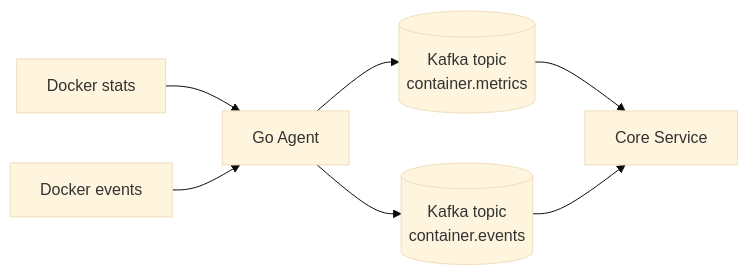
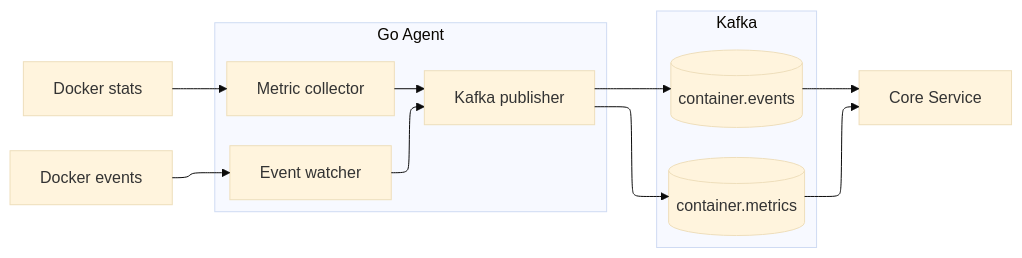
The fifth of 24 diagrams in docs/uml-diagrams.md (MTXIK/container-monitoring), drawn with Mermaid (base theme) before and after one commit. The commit also changed other lines of this file, not shown here.

Commit message:
update diagrams

````diff
--- a/docs/uml-diagrams.md
+++ b/docs/uml-diagrams.md
@@ -127,12 +131,24 @@
 ```mermaid
+%%{init: {"flowchart": {"defaultRenderer": "elk"}} }%%
 flowchart LR
     Stats["Docker stats"]
     Events["Docker events"]
-    Agent["Go Agent"]
-    MetricsTopic[("Kafka topic\ncontainer.metrics")]
-    EventsTopic[("Kafka topic\ncontainer.events")]
+
+    subgraph Agent["Go Agent"]
+        direction TB
+        Collector["Metric collector"]
+        Watcher["Event watcher"]
+        Publisher["Kafka publisher"]
+    end
+
+    subgraph Kafka["Kafka"]
+        direction TB
+        MetricsTopic[("container.metrics")]
+        EventsTopic[("container.events")]
+    end
+
     Core["Core Service"]
 
-    Stats --> Agent --> MetricsTopic --> Core
-    Events --> Agent --> EventsTopic --> Core
+    Stats --> Collector --> Publisher --> MetricsTopic --> Core
+    Events --> Watcher --> Publisher --> EventsTopic --> Core
 ```
````
